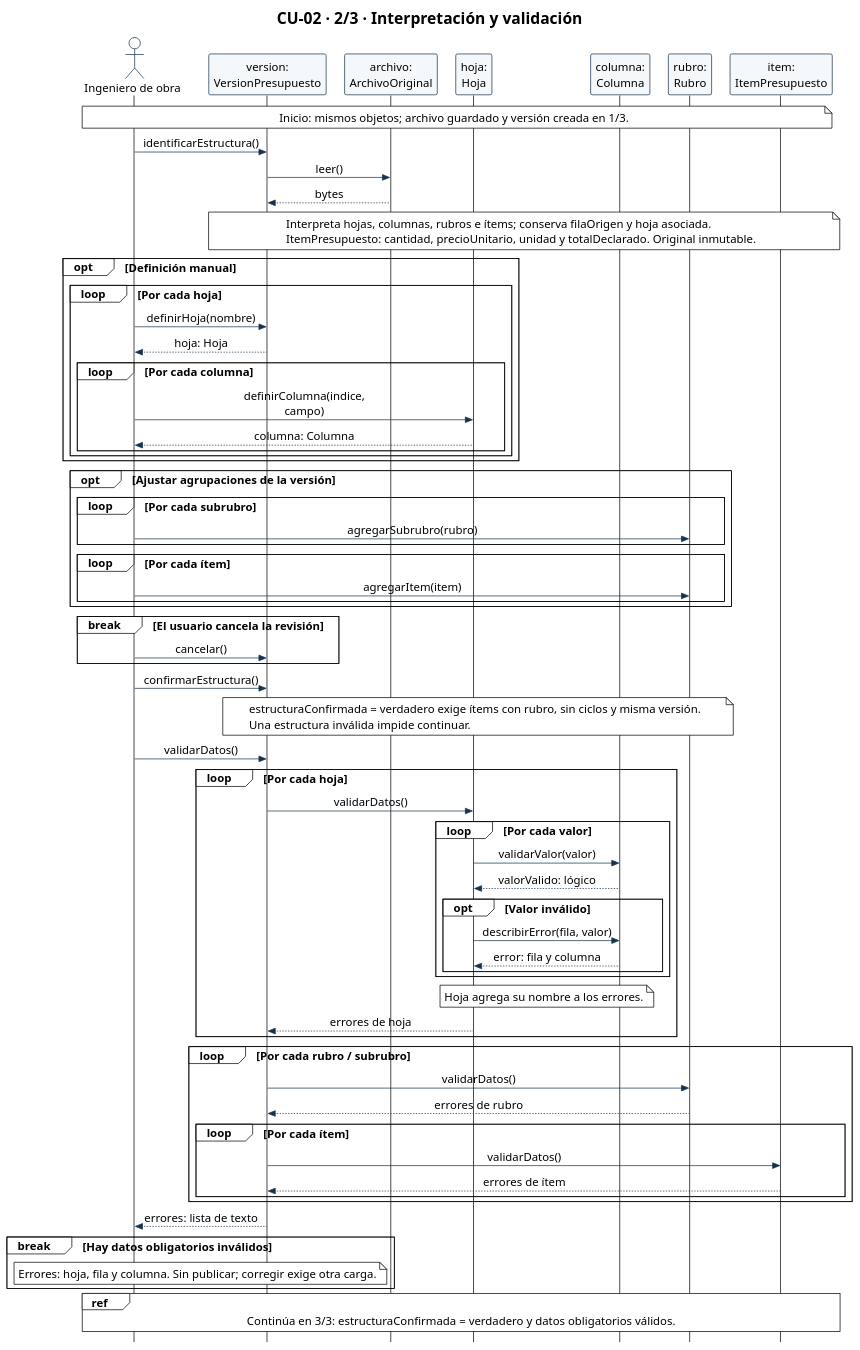
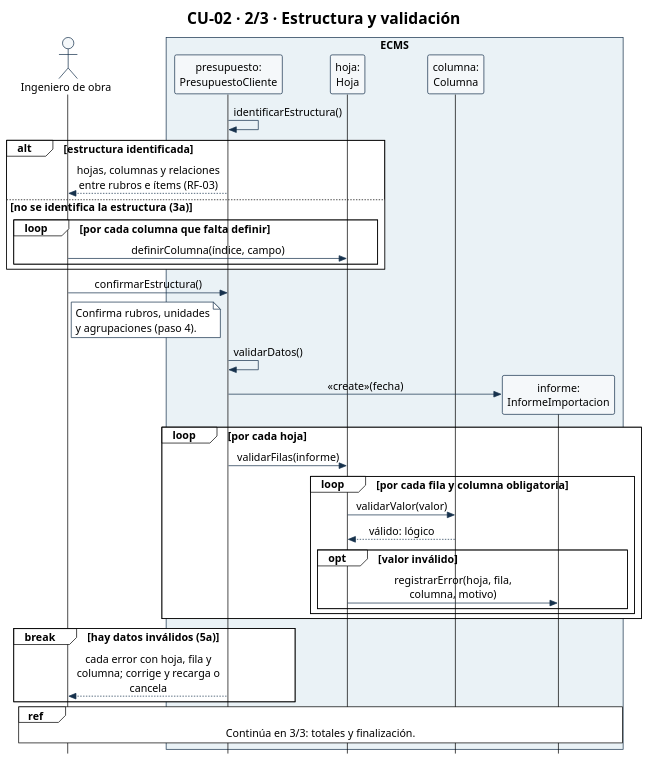
The diagram in diagramas/CU-02-secuencia-2-validacion.puml (Ssrrb/tpf-uca), drawn with PlantUML before and after one commit. The commit also changed 61 other files, not shown here.

First line of the commit message:
Regenera los diagramas para la v8 del Modelo de Análisis

```diff
--- a/diagramas/CU-02-secuencia-2-validacion.puml
+++ b/diagramas/CU-02-secuencia-2-validacion.puml
@@ -1,99 +1,63 @@
 @startuml
 !theme plain
 skinparam style strictuml
 skinparam shadowing false
 skinparam defaultFontName Arial
-skinparam defaultFontSize 16
+skinparam defaultFontSize 15
 skinparam sequenceMessageAlign center
-skinparam maxMessageSize 210
+skinparam maxMessageSize 220
 skinparam ParticipantPadding 8
+skinparam BoxPadding 6
 skinparam ParticipantBackgroundColor #F5F8FA
 skinparam ParticipantBorderColor #17324D
 skinparam ActorBorderColor #17324D
+skinparam ActorBackgroundColor #F5F8FA
 skinparam ArrowColor #17324D
+skinparam SequenceBoxBorderColor #17324D
+skinparam note {
+  BackgroundColor #FFFFFF
+  BorderColor #17324D
+}
 hide footbox
-title CU-02 · 2/3 · Interpretación y validación
-actor "Ingeniero de obra" as Usuario
-participant "version:\nVersionPresupuesto" as Version
-participant "archivo:\nArchivoOriginal" as Archivo
+title CU-02 · 2/3 · Estructura y validación
+actor "Ingeniero de obra" as Ing
+box "ECMS" #EAF2F6
+participant "presupuesto:\nPresupuestoCliente" as Pres
 participant "hoja:\nHoja" as Hoja
-participant "columna:\nColumna" as Columna
-participant "rubro:\nRubro" as Rubro
-participant "item:\nItemPresupuesto" as Item
-note over Usuario, Item
-  Inicio: mismos objetos; archivo guardado y versión creada en 1/3.
+participant "columna:\nColumna" as Col
+participant "informe:\nInformeImportacion" as Inf
+end box
+
+Pres -> Pres: identificarEstructura()
+alt estructura identificada
+  Pres --> Ing: hojas, columnas y relaciones entre rubros e ítems (RF-03)
+else no se identifica la estructura (3a)
+  loop por cada columna que falta definir
+    Ing -> Hoja: definirColumna(índice, campo)
+  end
+end
+Ing -> Pres: confirmarEstructura()
+note right of Ing
+  Confirma rubros, unidades
+  y agrupaciones (paso 4).
 end note
-Usuario -> Version: identificarEstructura()
-Version -> Archivo: leer()
-Archivo --> Version: bytes
-note over Version, Item
-  Interpreta hojas, columnas, rubros e ítems; conserva filaOrigen y hoja asociada.
-  ItemPresupuesto: cantidad, precioUnitario, unidad y totalDeclarado. Original inmutable.
-end note
-
-opt Definición manual
-  loop Por cada hoja
-    Usuario -> Version: definirHoja(nombre)
-    Version --> Usuario: hoja: Hoja
-    loop Por cada columna
-      Usuario -> Hoja: definirColumna(indice, campo)
-      Hoja --> Usuario: columna: Columna
-
+Pres -> Pres: validarDatos()
+create Inf
+Pres -> Inf: «create»(fecha)
+loop por cada hoja
+  Pres -> Hoja: validarFilas(informe)
+  loop por cada fila y columna obligatoria
+    Hoja -> Col: validarValor(valor)
+    Col --> Hoja: válido: lógico
+    opt valor inválido
+      Hoja -> Inf: registrarError(hoja, fila, columna, motivo)
     end
   end
 end
-
-opt Ajustar agrupaciones de la versión
-  loop Por cada subrubro
-    Usuario -> Rubro: agregarSubrubro(rubro)
-  end
-  loop Por cada ítem
-    Usuario -> Rubro: agregarItem(item)
-  end
+break hay datos inválidos (5a)
+  Pres --> Ing: cada error con hoja, fila y columna; corrige y recarga o cancela
 end
-
-break El usuario cancela la revisión
-  Usuario -> Version: cancelar()
-end
-
-Usuario -> Version: confirmarEstructura()
-note over Version, Rubro
-  estructuraConfirmada = verdadero exige ítems con rubro, sin ciclos y misma versión.
-  Una estructura inválida impide continuar.
-end note
-
-Usuario -> Version: validarDatos()
-loop Por cada hoja
-  Version -> Hoja: validarDatos()
-  loop Por cada valor
-    Hoja -> Columna: validarValor(valor)
-    Columna --> Hoja: valorValido: lógico
-    opt Valor inválido
-      Hoja -> Columna: describirError(fila, valor)
-      Columna --> Hoja: error: fila y columna
-    end
-  end
-  note over Hoja, Columna: Hoja agrega su nombre a los errores.
-  Hoja --> Version: errores de hoja
-end
-loop Por cada rubro / subrubro
-  Version -> Rubro: validarDatos()
-  Rubro --> Version: errores de rubro
-  loop Por cada ítem
-    Version -> Item: validarDatos()
-    Item --> Version: errores de ítem
-  end
-end
-Version --> Usuario: errores: lista de texto
-
-break Hay datos obligatorios inválidos
-  note over Usuario, Version
-    Errores: hoja, fila y columna. Sin publicar; corregir exige otra carga.
-  end note
-end
-
-ref over Usuario, Item
-  Continúa en 3/3: estructuraConfirmada = verdadero y datos obligatorios válidos.
+ref over Ing, Inf
+  Continúa en 3/3: totales y finalización.
 end ref
-
 @enduml
```
